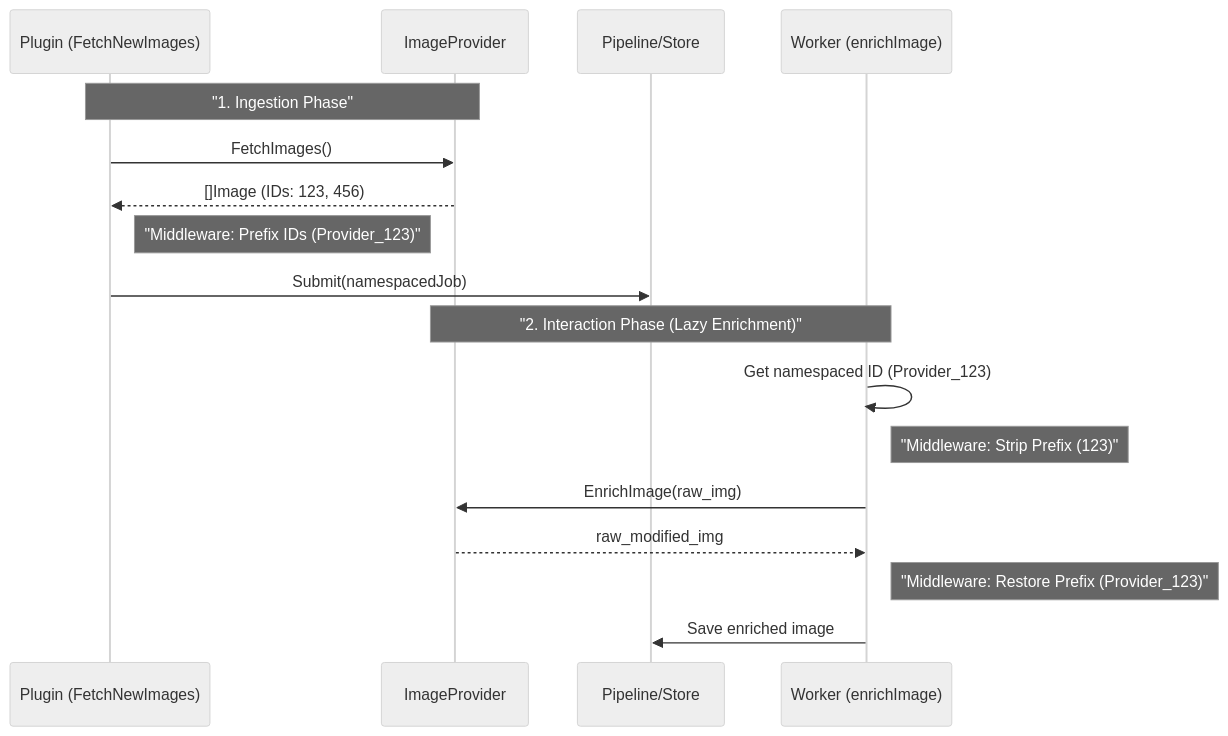
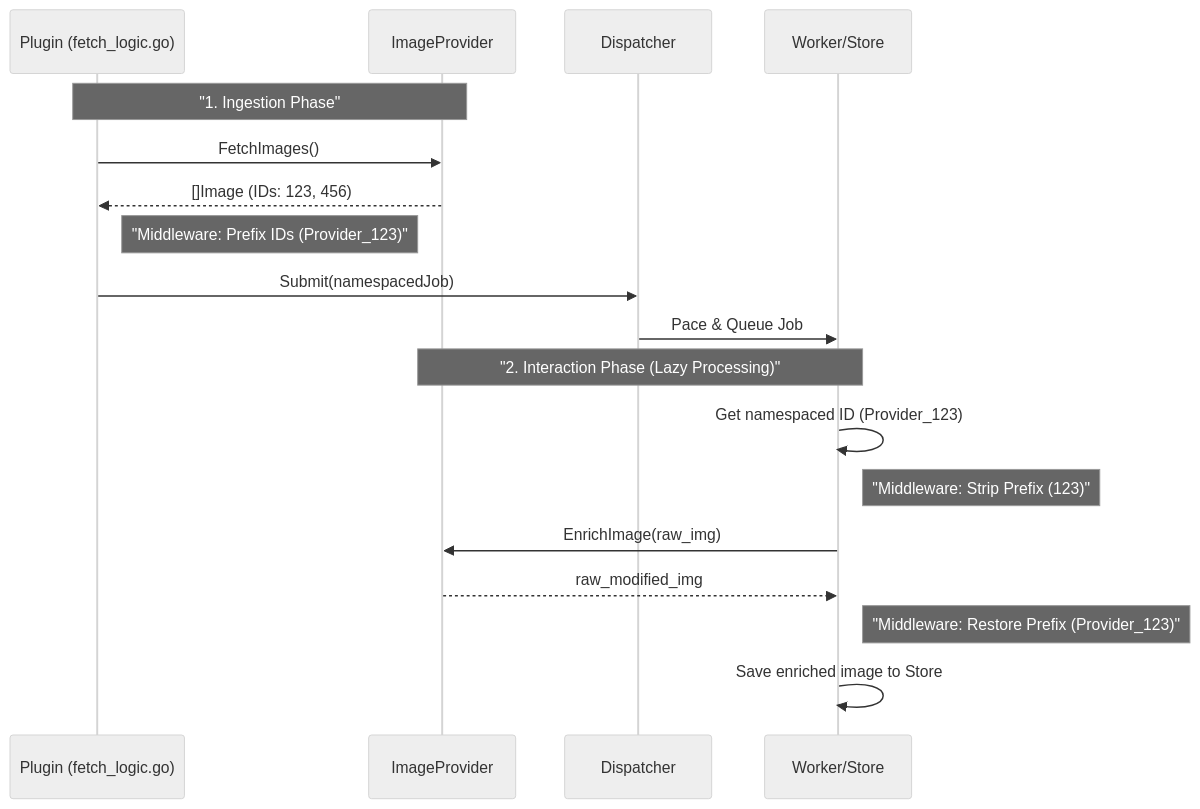
Before and after one commit to dixieflatline76/Spice: the fifth of 5 diagrams in docs/architecture.md, drawn with Mermaid (neutral theme). The commit also changed other lines of this file and 17 other files, not shown here.

First line of the commit message:
Refactor/Fair Pipeline Dispatcher & Wikimedia 429 Resilience (#101)

````diff
--- a/docs/architecture.md
+++ b/docs/architecture.md
@@ -327,21 +330,22 @@
 ```mermaid
 sequenceDiagram
-    participant P as Plugin (FetchNewImages)
+    participant P as Plugin (fetch_logic.go)
     participant Prov as ImageProvider
-    participant Pipe as Pipeline/Store
-    participant W as Worker (enrichImage)
+    participant Disp as Dispatcher
+    participant Pipe as Worker/Store
 
     Note over P,Prov: "1. Ingestion Phase"
     P->>Prov: FetchImages()
     Prov-->>P: []Image (IDs: 123, 456)
     Note right of P: "Middleware: Prefix IDs (Provider_123)"
-    P->>Pipe: Submit(namespacedJob)
+    P->>Disp: Submit(namespacedJob)
+    Disp->>Pipe: Pace & Queue Job
 
-    Note over W,Prov: "2. Interaction Phase (Lazy Enrichment)"
-    W->>W: Get namespaced ID (Provider_123)
-    Note right of W: "Middleware: Strip Prefix (123)"
-    W->>Prov: EnrichImage(raw_img)
-    Prov-->>W: raw_modified_img
-    Note right of W: "Middleware: Restore Prefix (Provider_123)"
-    W->>Pipe: Save enriched image
+    Note over Pipe,Prov: "2. Interaction Phase (Lazy Processing)"
+    Pipe->>Pipe: Get namespaced ID (Provider_123)
+    Note right of Pipe: "Middleware: Strip Prefix (123)"
+    Pipe->>Prov: EnrichImage(raw_img)
+    Prov-->>Pipe: raw_modified_img
+    Note right of Pipe: "Middleware: Restore Prefix (Provider_123)"
+    Pipe->>Pipe: Save enriched image to Store
 ```
````
